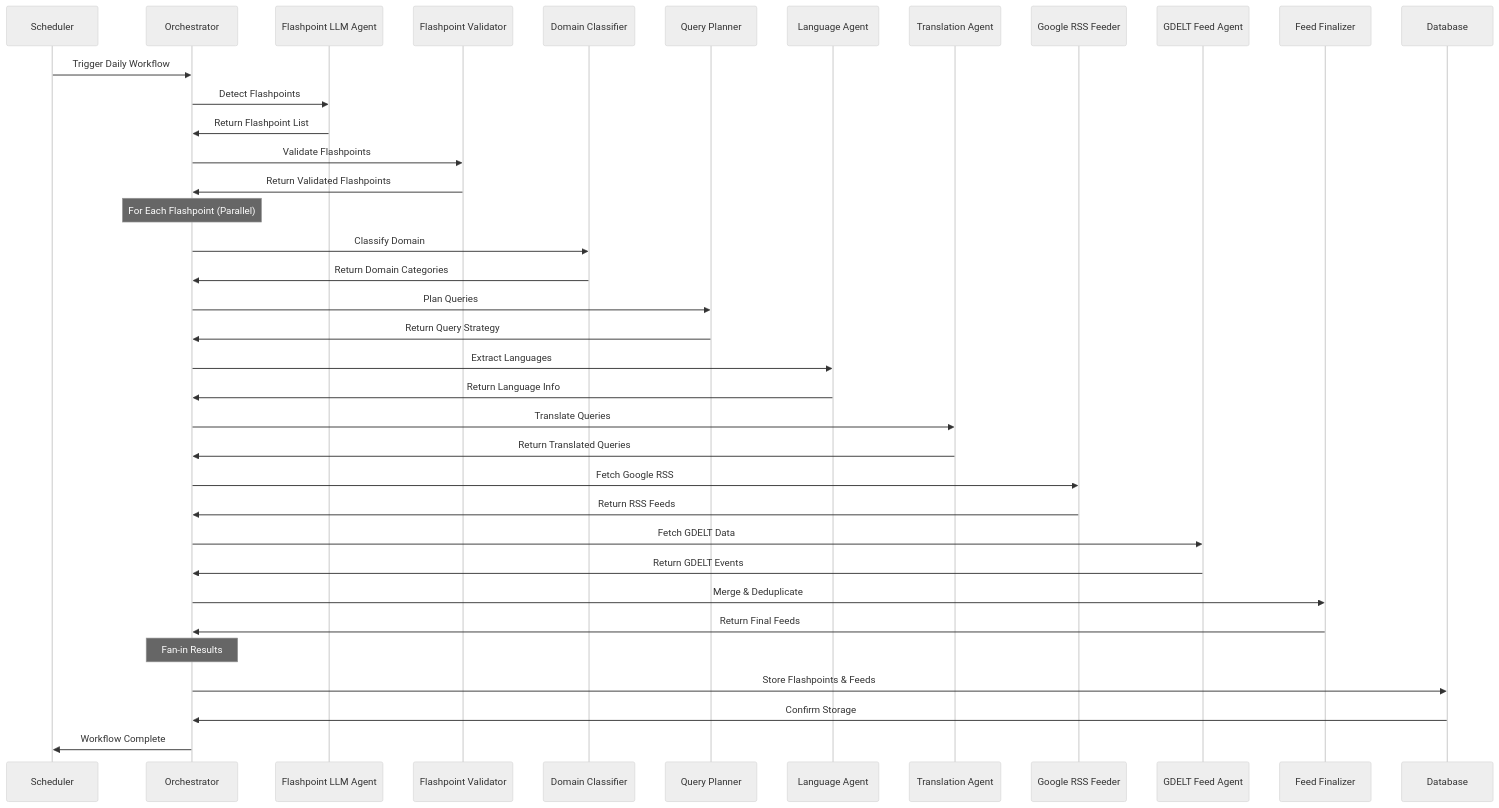
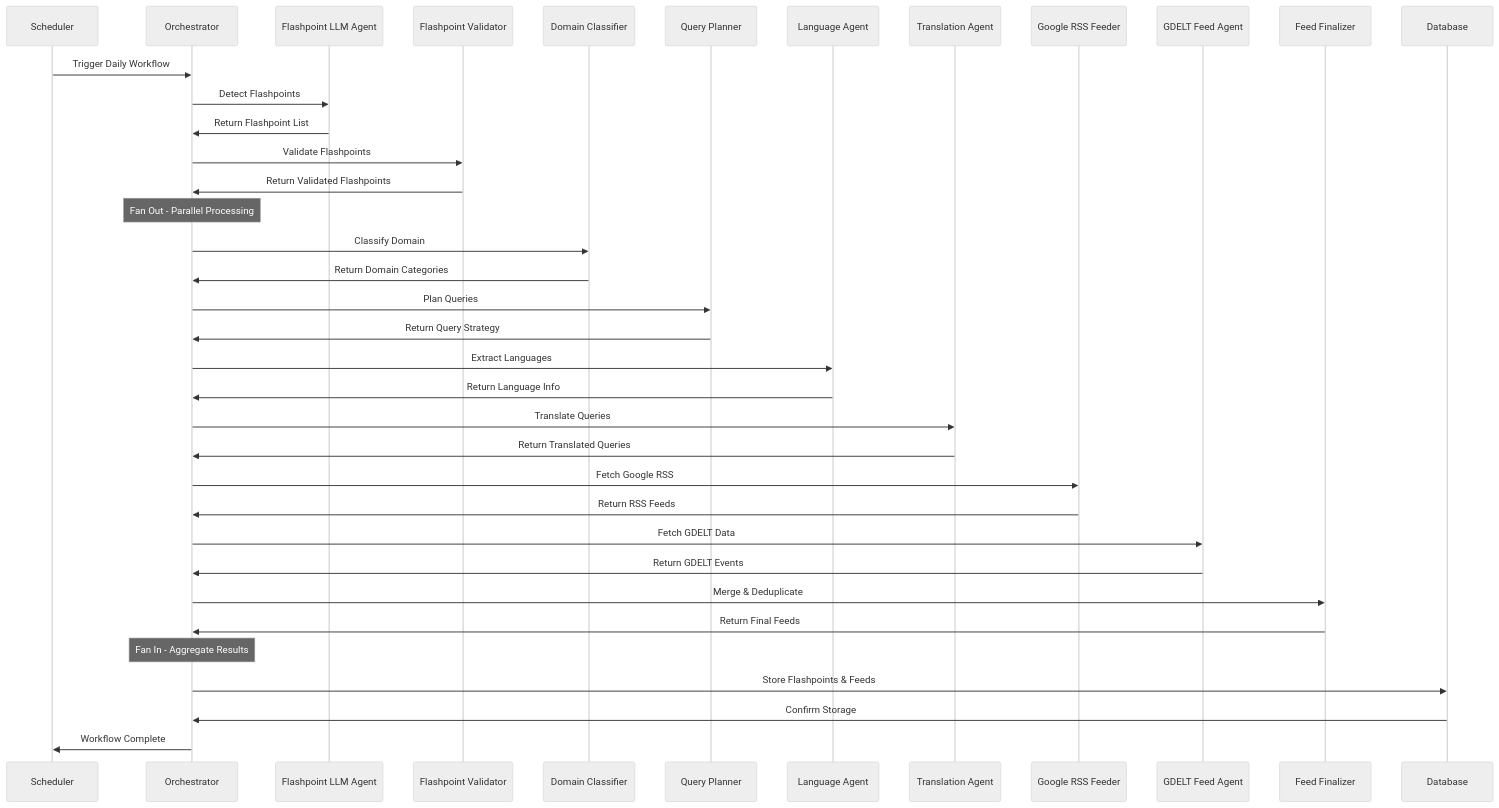
Before and after one commit to AteetVatan/ai-global-signal-grid: the second of 2 diagrams in agent_hub/README.md, drawn with Mermaid (neutral theme). The commit also changed other lines of this file, not shown here.

````diff
--- a/agent_hub/README.md
+++ b/agent_hub/README.md
@@ -167,50 +193,50 @@
 ```mermaid
 sequenceDiagram
     participant S as Scheduler
     participant O as Orchestrator
     participant FLA as Flashpoint LLM Agent
     participant FVA as Flashpoint Validator
     participant DC as Domain Classifier
     participant QP as Query Planner
     participant LA as Language Agent
     participant TA as Translation Agent
     participant GRF as Google RSS Feeder
     participant GFA as GDELT Feed Agent
     participant FF as Feed Finalizer
     participant DB as Database
 
     S->>O: Trigger Daily Workflow
     O->>FLA: Detect Flashpoints
     FLA->>O: Return Flashpoint List
     
     O->>FVA: Validate Flashpoints
     FVA->>O: Return Validated Flashpoints
     
-    Note over O: For Each Flashpoint (Parallel)
+    Note over O: Fan Out - Parallel Processing
     O->>DC: Classify Domain
     DC->>O: Return Domain Categories
     
     O->>QP: Plan Queries
     QP->>O: Return Query Strategy
     
     O->>LA: Extract Languages
     LA->>O: Return Language Info
     
     O->>TA: Translate Queries
     TA->>O: Return Translated Queries
     
     O->>GRF: Fetch Google RSS
     GRF->>O: Return RSS Feeds
     
     O->>GFA: Fetch GDELT Data
     GFA->>O: Return GDELT Events
     
     O->>FF: Merge & Deduplicate
     FF->>O: Return Final Feeds
     
-    Note over O: Fan-in Results
+    Note over O: Fan In - Aggregate Results
     O->>DB: Store Flashpoints & Feeds
     DB->>O: Confirm Storage
     
     O->>S: Workflow Complete
 ```
````
